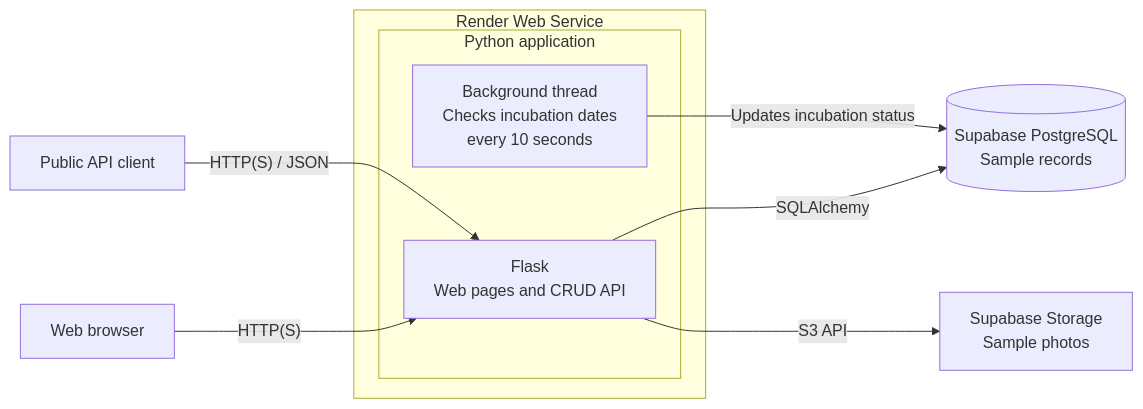
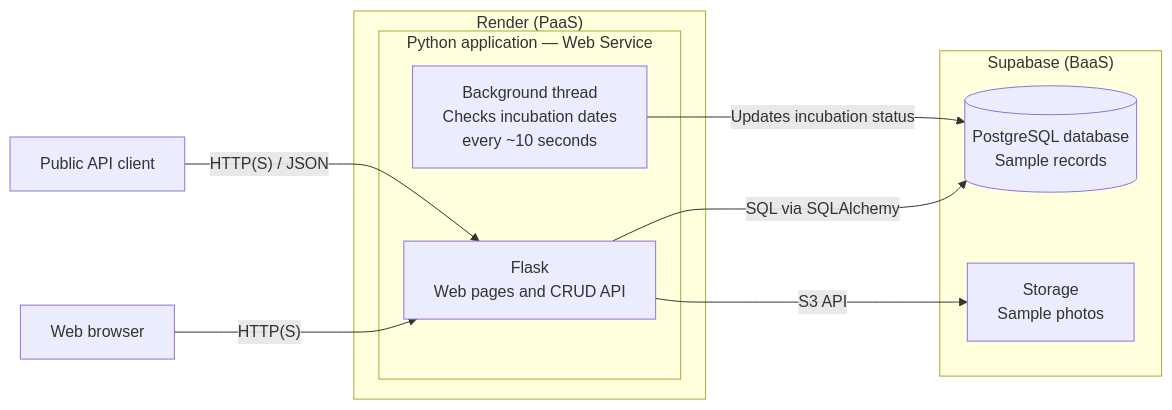
Before and after one commit to Crovla/Cloud_CRUD_Petri: the diagram in README.md, drawn with Mermaid.

````diff
--- a/README.md
+++ b/README.md
@@ -4,21 +4,23 @@
 ```mermaid
 flowchart LR
     U["Web browser"]
     A["Public API client"]
 
-    subgraph R["Render Web Service"]
-        subgraph APP["Python application"]
+    subgraph R["Render (PaaS)"]
+        subgraph APP["Python application — Web Service"]
             W["Flask<br/>Web pages and CRUD API"]
-            B["Background thread<br/>Checks incubation dates<br/>every 10 seconds"]
+            B["Background thread<br/>Checks incubation dates<br/>every ~10 seconds"]
         end
     end
 
-    D[("Supabase PostgreSQL<br/>Sample records")]
-    S["Supabase Storage<br/>Sample photos"]
+    subgraph SB["Supabase (BaaS)"]
+        D[("PostgreSQL database<br/>Sample records")]
+        S["Storage<br/>Sample photos"]
+    end
 
     U -->|"HTTP(S)"| W
     A -->|"HTTP(S) / JSON"| W
-    W -->|"SQLAlchemy"| D
+    W -->|"SQL via SQLAlchemy"| D
     W -->|"S3 API"| S
     B -->|"Updates incubation status"| D
 ```
````
